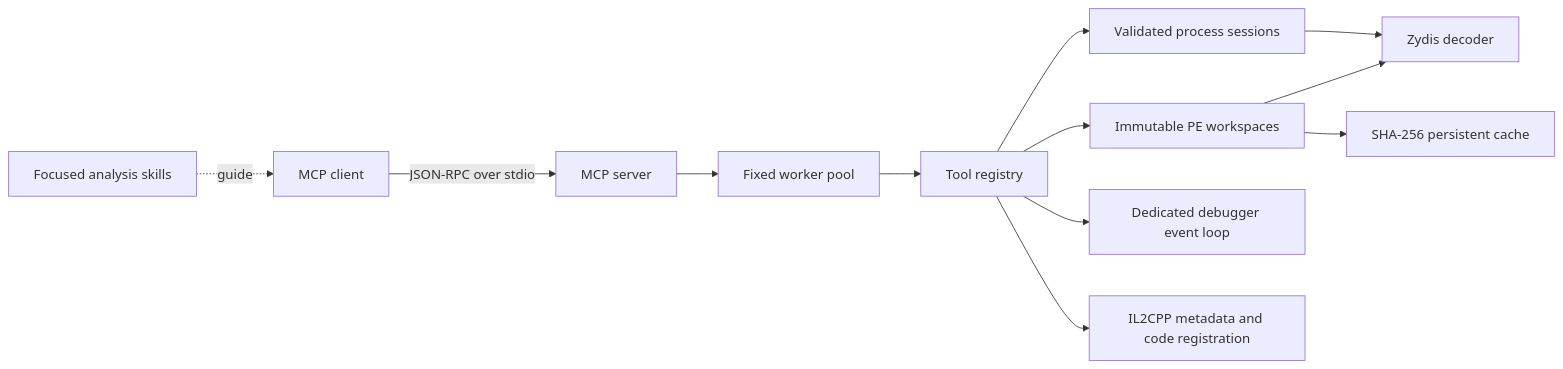
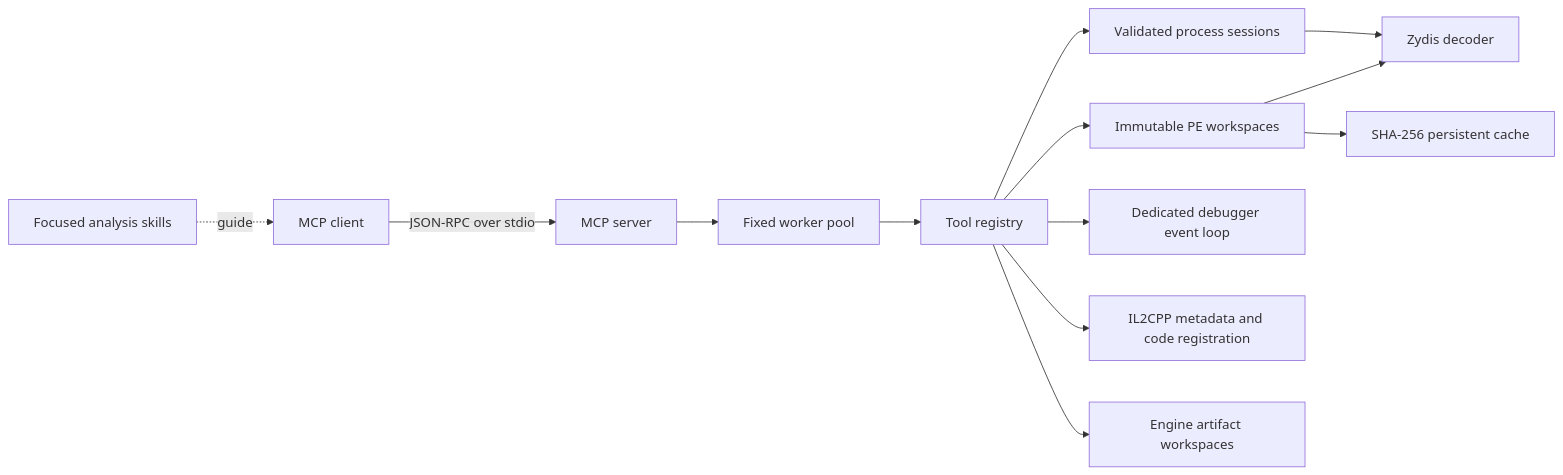
One commit to Stingeer01/ReverseMCP changed the diagram in README.md. Above: the diagram before and after it, drawn with Mermaid. The commit also changed other lines of this file and 27 other files, not shown here.

Commit message:
Add cross-engine discovery and artifact indexing

````diff
--- a/README.md
+++ b/README.md
@@ -189,14 +209,15 @@
 ```mermaid
 flowchart LR
     Client[MCP client] -->|JSON-RPC over stdio| Server[MCP server]
     Server --> Pool[Fixed worker pool]
     Pool --> Tools[Tool registry]
     Tools --> Static[Immutable PE workspaces]
     Tools --> Memory[Validated process sessions]
     Tools --> Debugger[Dedicated debugger event loop]
     Tools --> IL2CPP[IL2CPP metadata and code registration]
+    Tools --> Engines[Engine artifact workspaces]
     Static --> Zydis[Zydis decoder]
     Memory --> Zydis
     Static --> Cache[SHA-256 persistent cache]
     Skills[Focused analysis skills] -. guide .-> Client
 ```
````
